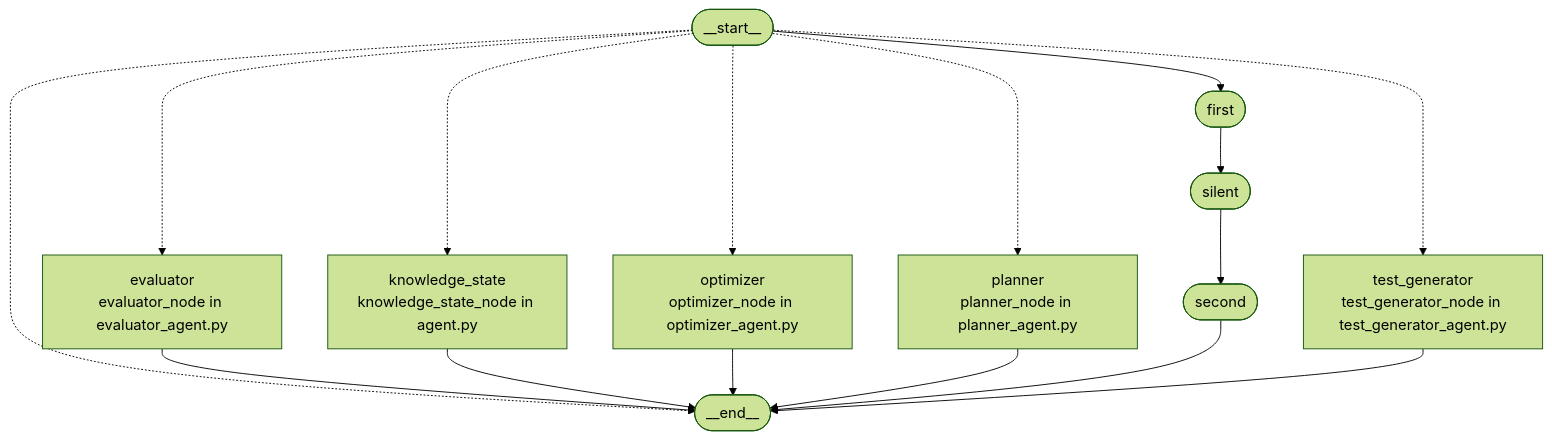
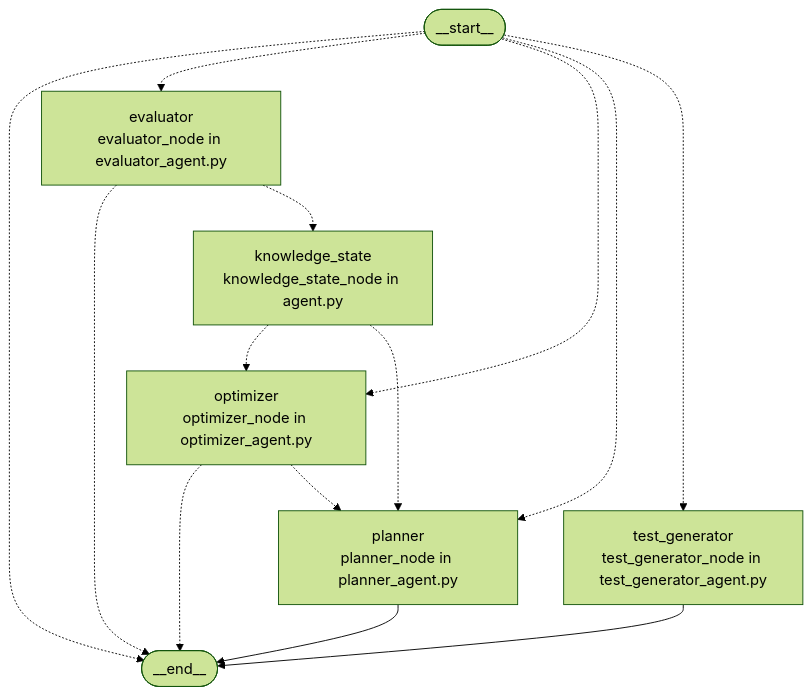
The second of 2 diagrams in docs/repo-graph/REPO_MAP.md (asparagusD/readfocus), drawn with Mermaid (forest theme) before and after one commit. The commit also changed other lines of this file and 23 other files, not shown here.

First line of the commit message:
feat(agents): chain evaluator, knowledge state, optimizer and planner in LangGraph

````diff
--- a/docs/repo-graph/REPO_MAP.md
+++ b/docs/repo-graph/REPO_MAP.md
@@ -191,28 +186,23 @@
 ```mermaid
 flowchart TD
   graph_node___end__(["__end__"])
   graph_node___start__(["__start__"])
   graph_node___start__ -.-> graph_node___end__
   graph_node___start__ -.-> graph_node_evaluator
-  graph_node___start__ --> graph_node_first
-  graph_node___start__ -.-> graph_node_knowledge_state
   graph_node___start__ -.-> graph_node_optimizer
   graph_node___start__ -.-> graph_node_planner
   graph_node___start__ -.-> graph_node_test_generator
   graph_node_evaluator["evaluator<br/>evaluator_node in evaluator_agent.py"]
-  graph_node_evaluator --> graph_node___end__
-  graph_node_first(["first"])
-  graph_node_first --> graph_node_silent
+  graph_node_evaluator -.-> graph_node___end__
+  graph_node_evaluator -.-> graph_node_knowledge_state
   graph_node_knowledge_state["knowledge_state<br/>knowledge_state_node in agent.py"]
-  graph_node_knowledge_state --> graph_node___end__
+  graph_node_knowledge_state -.-> graph_node_optimizer
+  graph_node_knowledge_state -.-> graph_node_planner
   graph_node_optimizer["optimizer<br/>optimizer_node in optimizer_agent.py"]
-  graph_node_optimizer --> graph_node___end__
+  graph_node_optimizer -.-> graph_node___end__
+  graph_node_optimizer -.-> graph_node_planner
   graph_node_planner["planner<br/>planner_node in planner_agent.py"]
   graph_node_planner --> graph_node___end__
-  graph_node_second(["second"])
-  graph_node_second --> graph_node___end__
-  graph_node_silent(["silent"])
-  graph_node_silent --> graph_node_second
   graph_node_test_generator["test_generator<br/>test_generator_node in test_generator_agent.py"]
   graph_node_test_generator --> graph_node___end__
 ```
````
